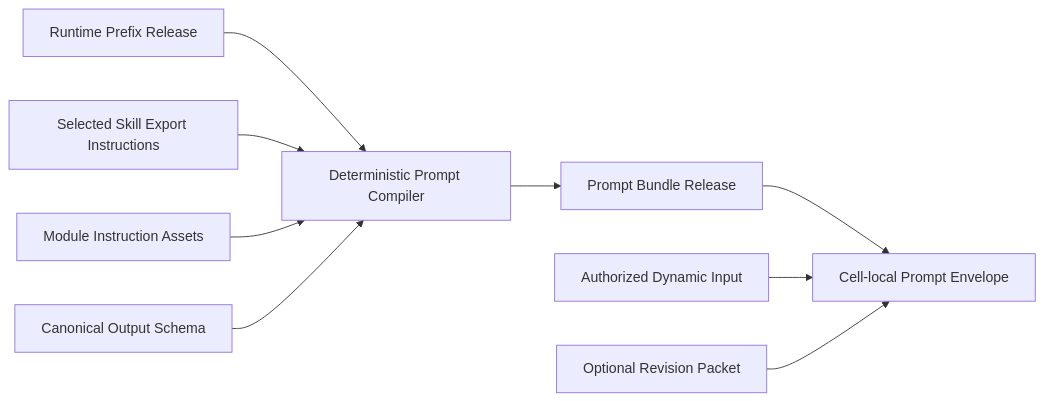
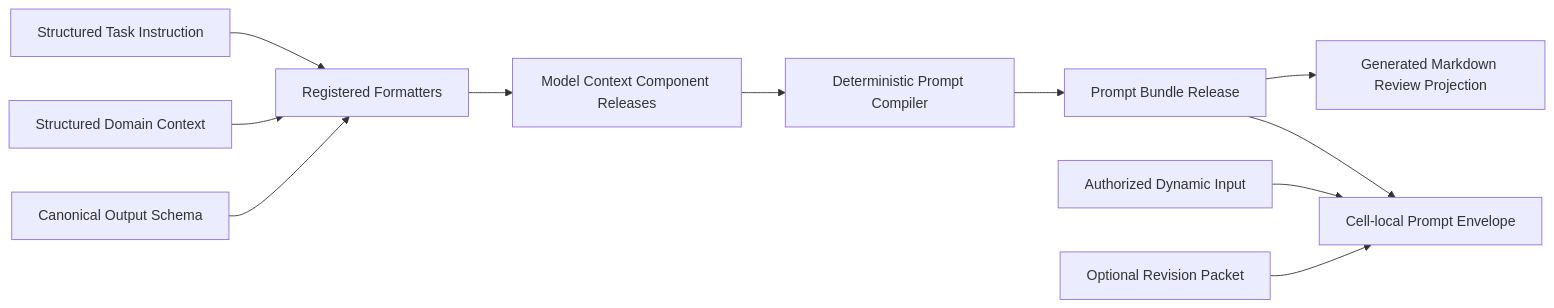
One commit to bobaoai/agent_runtime changed the second of 6 diagrams in designDoc/agent_runtime_01_module_contract_and_assembly.md. Above: the diagram before and after it, drawn with Mermaid. The commit also changed other lines of this file and 21 other files, not shown here.

First line of the commit message:
feat(registry): persist model context component releases

````diff
--- a/designDoc/agent_runtime_01_module_contract_and_assembly.md
+++ b/designDoc/agent_runtime_01_module_contract_and_assembly.md
@@ -369,12 +372,14 @@
 ```mermaid
 flowchart LR
-    RP["Runtime Prefix Release"] --> C["Deterministic Prompt Compiler"]
-    SI["Selected Skill Export Instructions"] --> C
-    MI["Module Instruction Assets"] --> C
-    OS["Canonical Output Schema"] --> C
+    SI["Structured Task Instruction"] --> F["Registered Formatters"]
+    DC["Structured Domain Context"] --> F
+    OS["Canonical Output Schema"] --> F
+    F --> MC["Model Context Component Releases"]
+    MC --> C["Deterministic Prompt Compiler"]
     C --> PB["Prompt Bundle Release"]
+    PB --> MD["Generated Markdown Review Projection"]
 
     PB --> PE["Cell-local Prompt Envelope"]
     DI["Authorized Dynamic Input"] --> PE
     RV["Optional Revision Packet"] --> PE
 ```
````
